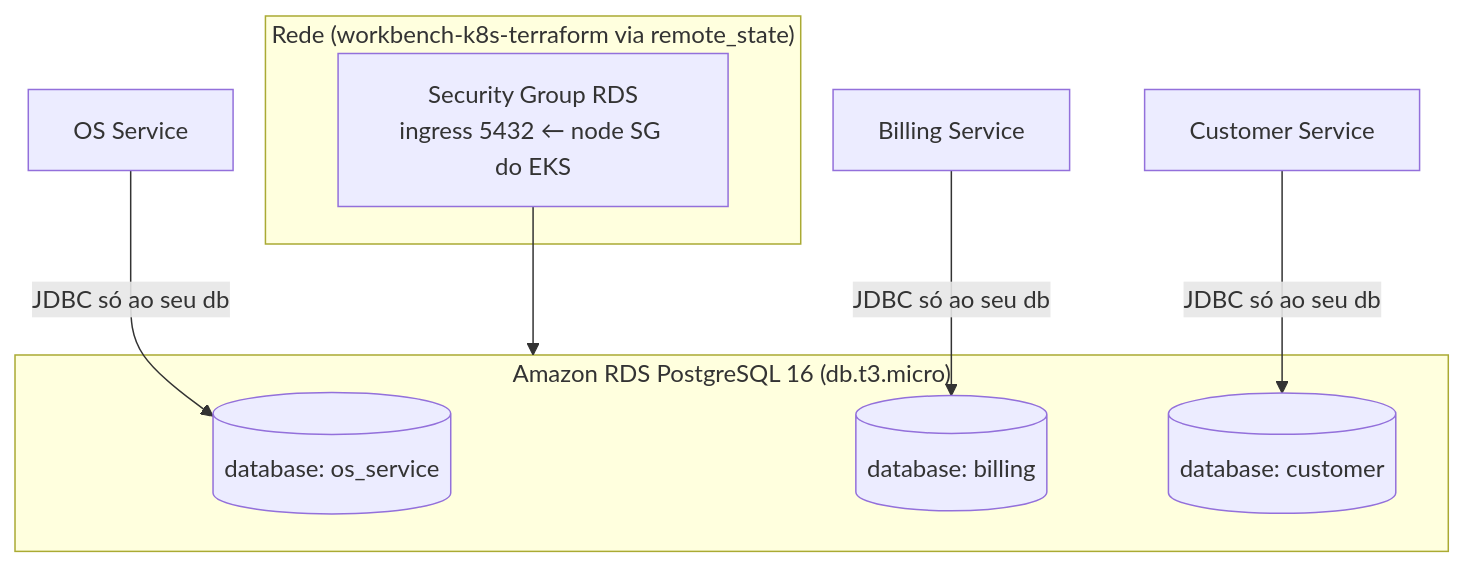
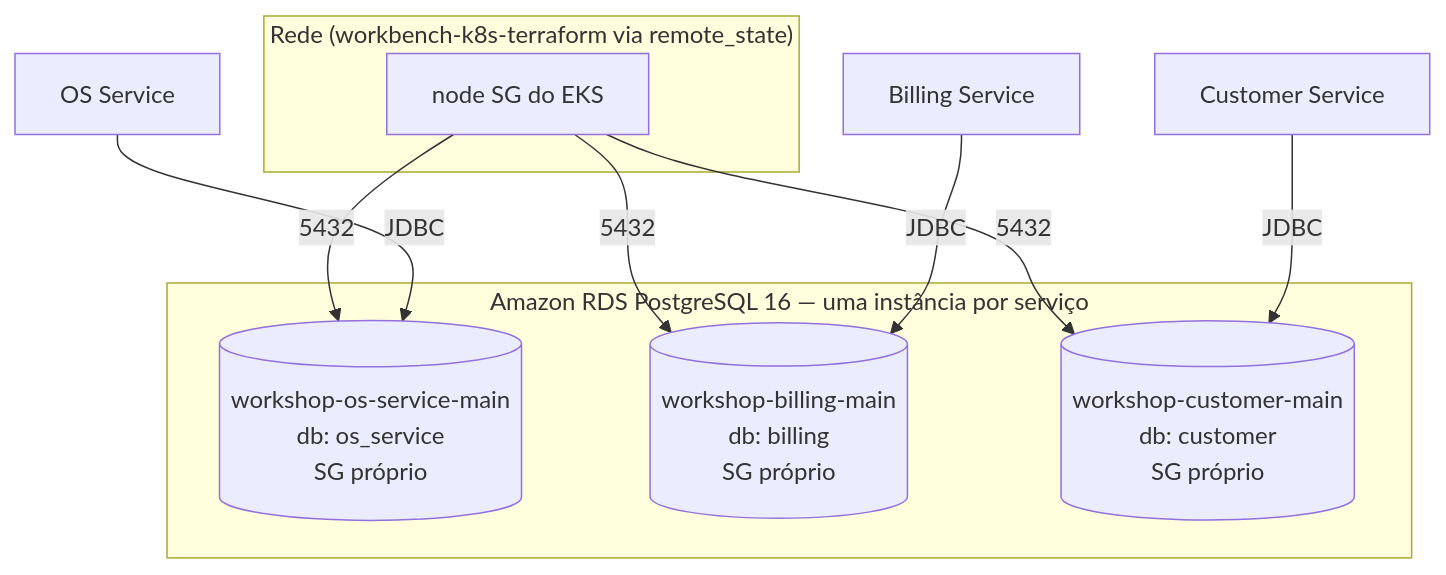
One commit to TechChalleng-FIAP-SOAT/workbench-database changed the first of 2 diagrams in README.md. Above: the diagram before and after it, drawn with Mermaid. The commit also changed other lines of this file and 10 other files, not shown here.

First line of the commit message:
feat(rds): uma instância RDS por serviço (os/billing/customer)

````diff
--- a/README.md
+++ b/README.md
@@ -57,15 +70,17 @@
 ```mermaid
 flowchart TB
     subgraph net["Rede (workbench-k8s-terraform via remote_state)"]
-        SG["Security Group RDS<br/>ingress 5432 ← node SG do EKS"]
+        NODESG["node SG do EKS"]
     end
-    subgraph rds["Amazon RDS PostgreSQL 16 (db.t3.micro)"]
-        DBOS[("database: os_service")]
-        DBBILL[("database: billing")]
-        DBCUST[("database: customer")]
+    subgraph aws["Amazon RDS PostgreSQL 16 — uma instância por serviço"]
+        RDSOS[("workshop-os-service-main<br/>db: os_service<br/>SG próprio")]
+        RDSBILL[("workshop-billing-main<br/>db: billing<br/>SG próprio")]
+        RDSCUST[("workshop-customer-main<br/>db: customer<br/>SG próprio")]
     end
-    SG --> rds
-    OS["OS Service"] -->|JDBC só ao seu db| DBOS
-    BILL["Billing Service"] -->|JDBC só ao seu db| DBBILL
-    CUST["Customer Service"] -->|JDBC só ao seu db| DBCUST
+    NODESG -->|5432| RDSOS
+    NODESG -->|5432| RDSBILL
+    NODESG -->|5432| RDSCUST
+    OS["OS Service"] -->|JDBC| RDSOS
+    BILL["Billing Service"] -->|JDBC| RDSBILL
+    CUST["Customer Service"] -->|JDBC| RDSCUST
 ```
````
